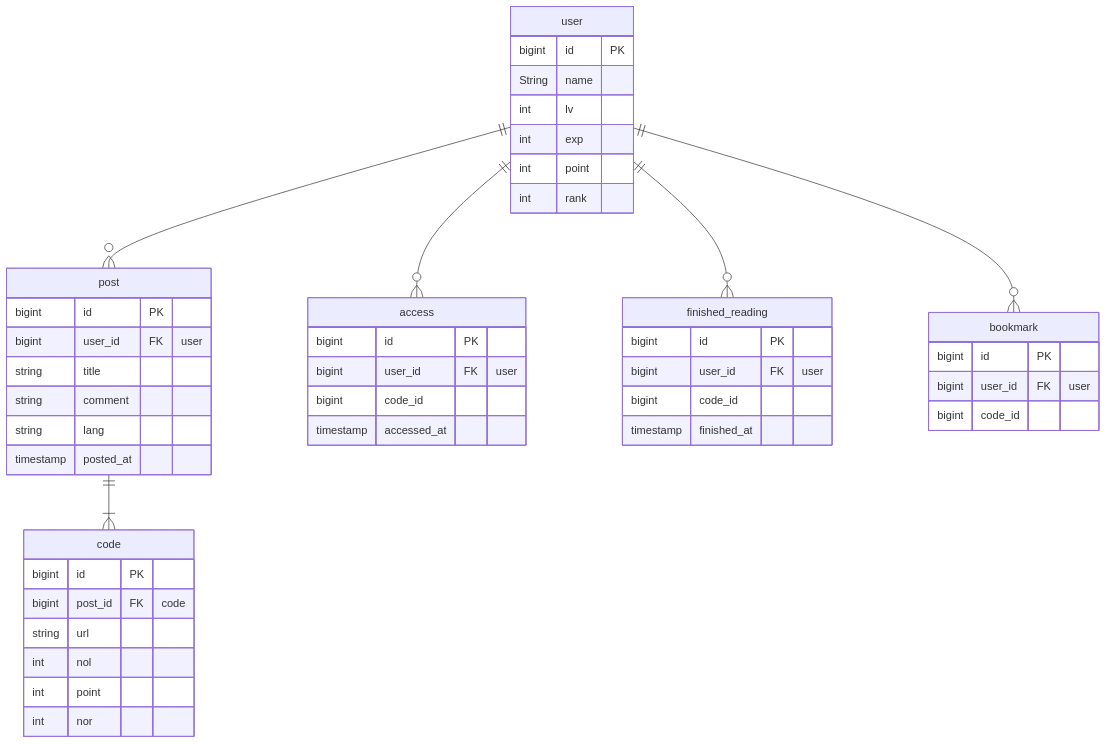
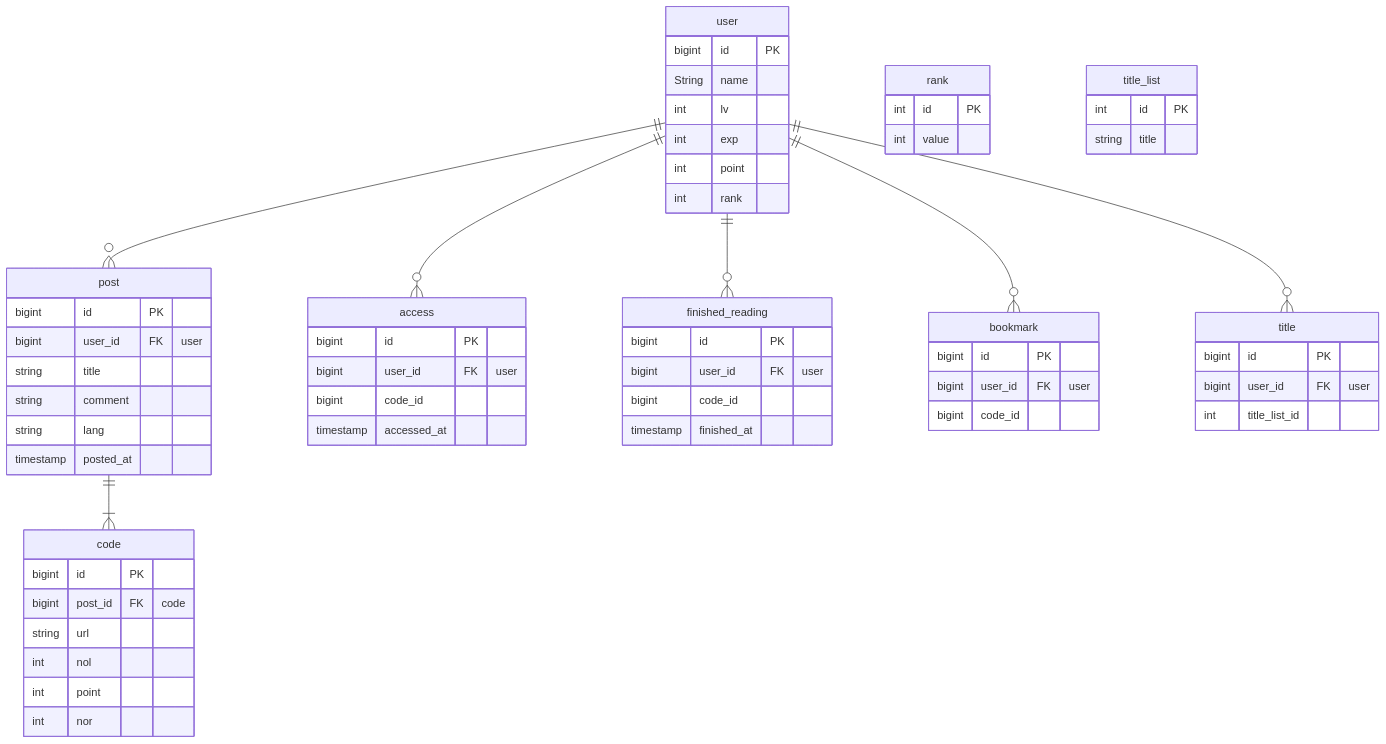
One commit to KimuraRyunosuke/CodeLeader changed the diagram in chart/ER.md. Above: the diagram before and after it, drawn with Mermaid.

Commit message:
テーブルを追加した

````diff
--- a/chart/ER.md
+++ b/chart/ER.md
@@ -1,55 +1,72 @@
 ```mermaid
 erDiagram
     user {
         bigint id PK
         String name
         int lv
         int exp
         int point
         int rank
     }
 
     post {
         bigint id PK
         bigint user_id FK "user"
         string title
         string comment
         string lang
         timestamp posted_at
     }
 
     code {
         bigint id PK
         bigint post_id FK "code"
         string url
         int nol
         int point
         int nor
     }
 
     access {
         bigint id PK
         bigint user_id FK "user"
         bigint code_id
         timestamp accessed_at
     }
 
     finished_reading {
         bigint id PK
         bigint user_id FK "user"
         bigint code_id
         timestamp finished_at
     }
 
     bookmark {
         bigint id PK
         bigint user_id FK "user"
         bigint code_id
     }
 
+    title {
+        bigint id PK
+        bigint user_id FK "user"
+        int title_list_id
+    }
+
+    rank {
+        int id PK
+        int value
+    }
+
+    title_list {
+        int id PK
+        string title
+    }
+
     user ||--o{ post : ""
     user ||--o{ access : ""
     user ||--o{ finished_reading : ""
     user ||--o{ bookmark : ""
+    user ||--o{ title : ""
     post ||--|{ code : ""
 ```
````
